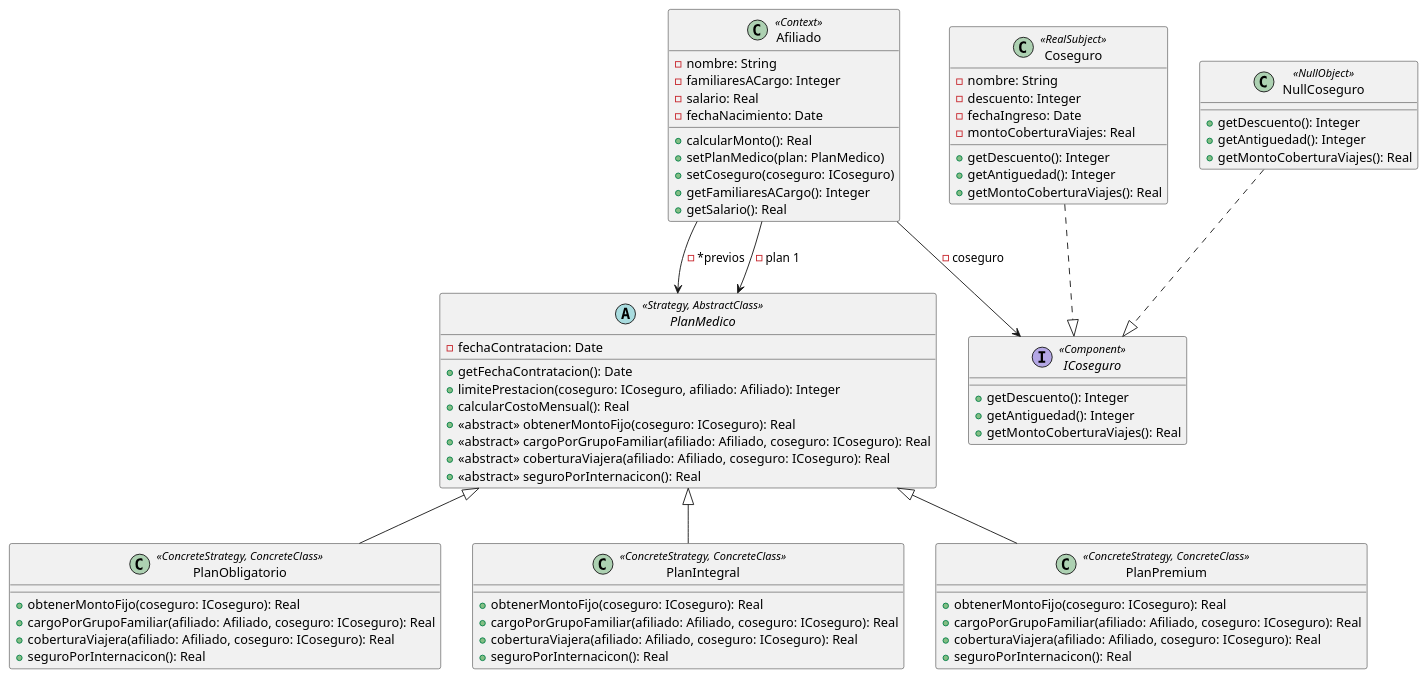
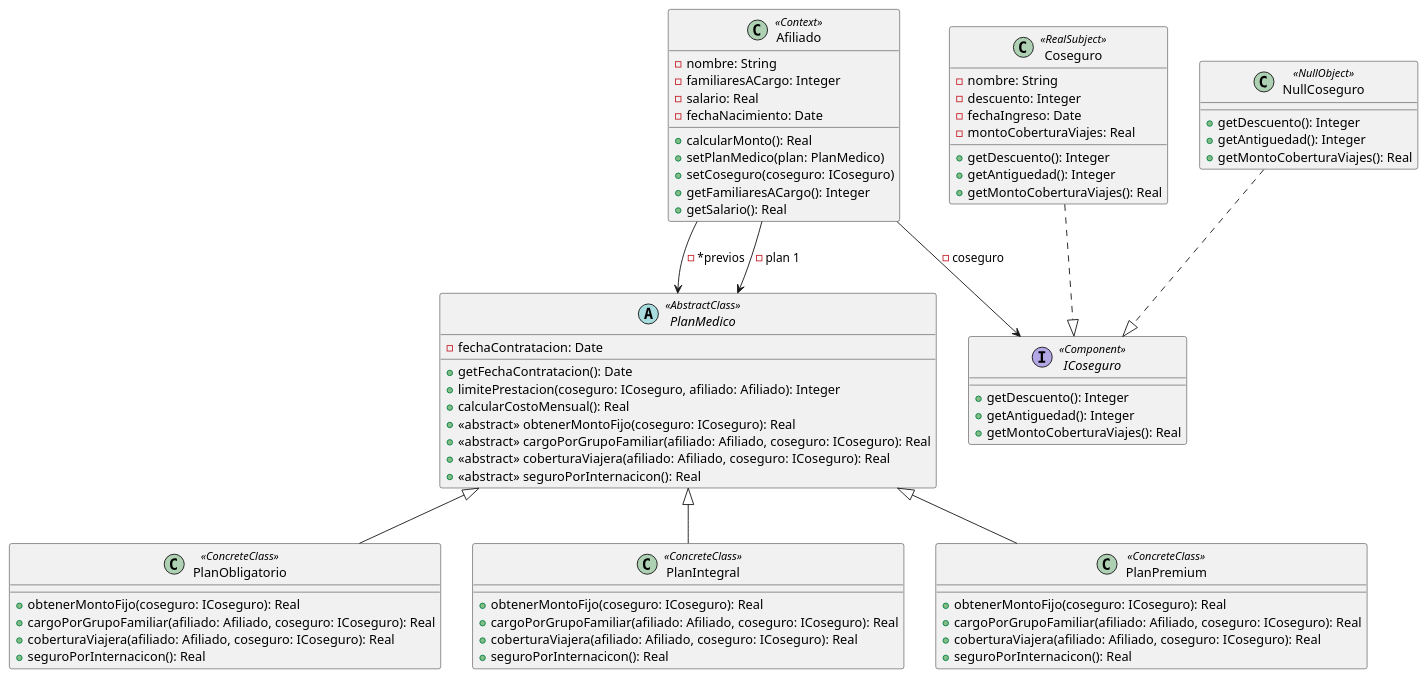
Before and after one commit to estanivege98/OO2: the diagram in Practicas/CuadernilloPatrones/Ejercicio25-Planes-Medicos/UML.puml, drawn with PlantUML. The commit also changed 6 other files, not shown here.

```diff
--- a/Practicas/CuadernilloPatrones/Ejercicio25-Planes-Medicos/UML.puml
+++ b/Practicas/CuadernilloPatrones/Ejercicio25-Planes-Medicos/UML.puml
@@ -1,70 +1,70 @@
 @startuml
 
-abstract PlanMedico<<Strategy, AbstractClass>> {
+abstract PlanMedico<<AbstractClass>> {
 -fechaContratacion: Date
 +getFechaContratacion(): Date
 +limitePrestacion(coseguro: ICoseguro, afiliado: Afiliado): Integer
 +calcularCostoMensual(): Real
 +<<abstract>> obtenerMontoFijo(coseguro: ICoseguro): Real
 +<<abstract>> cargoPorGrupoFamiliar(afiliado: Afiliado, coseguro: ICoseguro): Real
 +<<abstract>> coberturaViajera(afiliado: Afiliado, coseguro: ICoseguro): Real
 +<<abstract>> seguroPorInternacicon(): Real
 }
-class PlanObligatorio<<ConcreteStrategy, ConcreteClass>> extends PlanMedico {
+class PlanObligatorio<<ConcreteClass>> extends PlanMedico {
 +obtenerMontoFijo(coseguro: ICoseguro): Real
 +cargoPorGrupoFamiliar(afiliado: Afiliado, coseguro: ICoseguro): Real
 +coberturaViajera(afiliado: Afiliado, coseguro: ICoseguro): Real
 +seguroPorInternacicon(): Real
 }
-class PlanIntegral<<ConcreteStrategy, ConcreteClass>> extends PlanMedico {
+class PlanIntegral<<ConcreteClass>> extends PlanMedico {
 +obtenerMontoFijo(coseguro: ICoseguro): Real
 +cargoPorGrupoFamiliar(afiliado: Afiliado, coseguro: ICoseguro): Real
 +coberturaViajera(afiliado: Afiliado, coseguro: ICoseguro): Real
 +seguroPorInternacicon(): Real
 }
-class PlanPremium<<ConcreteStrategy, ConcreteClass>> extends PlanMedico {
+class PlanPremium<<ConcreteClass>> extends PlanMedico {
 +obtenerMontoFijo(coseguro: ICoseguro): Real
 +cargoPorGrupoFamiliar(afiliado: Afiliado, coseguro: ICoseguro): Real
 +coberturaViajera(afiliado: Afiliado, coseguro: ICoseguro): Real
 +seguroPorInternacicon(): Real
 }
 
 class Afiliado<<Context>> {
 -nombre: String
 -familiaresACargo: Integer
 -salario: Real
 -fechaNacimiento: Date
 +calcularMonto(): Real
 +setPlanMedico(plan: PlanMedico)
 +setCoseguro(coseguro: ICoseguro)
 +getFamiliaresACargo(): Integer
 +getSalario(): Real
 }
 
 interface ICoseguro<<Component>>{
 +getDescuento(): Integer
 +getAntiguedad(): Integer
 +getMontoCoberturaViajes(): Real
 }
 
 class Coseguro<<RealSubject>>{
 -nombre: String
 -descuento: Integer
 -fechaIngreso: Date
 -montoCoberturaViajes: Real
 +getDescuento(): Integer
 +getAntiguedad(): Integer
 +getMontoCoberturaViajes(): Real
 }
 class NullCoseguro<<NullObject>> {
 +getDescuento(): Integer
 +getAntiguedad(): Integer
 +getMontoCoberturaViajes(): Real
 }
 
 Afiliado --> PlanMedico : -*previos
 Afiliado --> PlanMedico : -plan 1
 Afiliado --> ICoseguro : -coseguro
 Coseguro ..|> ICoseguro
 NullCoseguro ..|> ICoseguro
 @enduml
```
